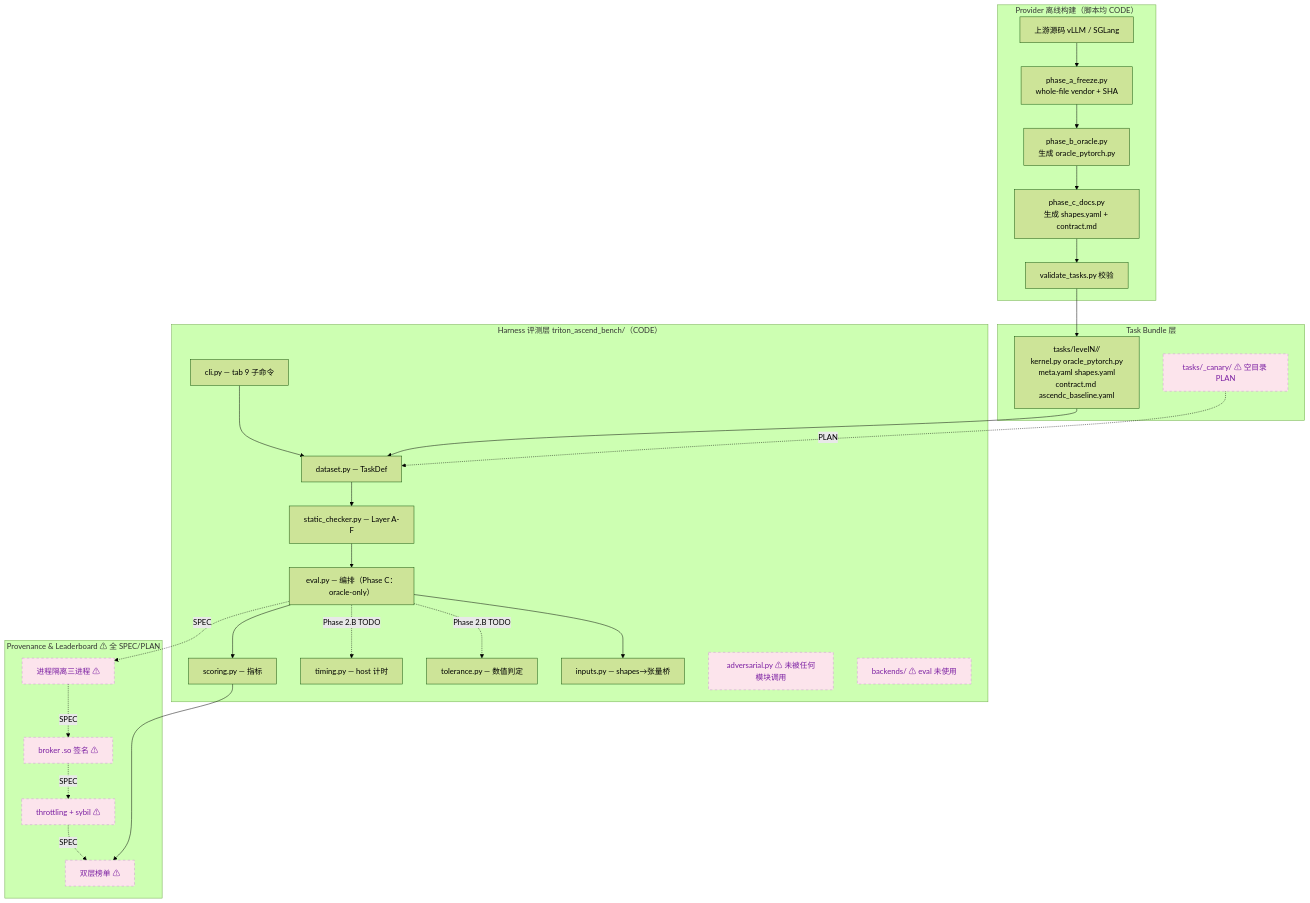
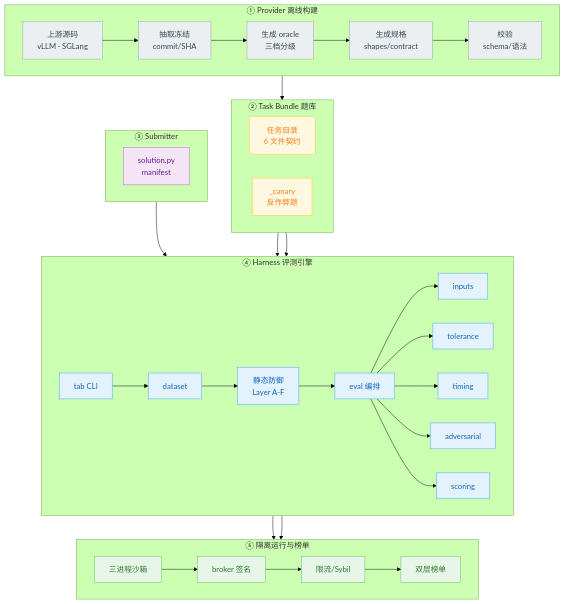
Before and after one commit to Gxj230958/TritonAscendBench: the first of 11 diagrams in docs/DESIGN.md, drawn with Mermaid (forest theme). The commit also changed other lines of this file and 243 other files, not shown here.

First line of the commit message:
Remove AscendC, honest perf reporting, replace 3 errata tasks

````diff
--- a/docs/DESIGN.md
+++ b/docs/DESIGN.md
@@ -116,46 +104,52 @@
 ```mermaid
 flowchart TB
-    subgraph PROV["Provider 离线构建（脚本均 CODE）"]
-        US["上游源码 vLLM / SGLang"]
-        PA["phase_a_freeze.py<br/>whole-file vendor + SHA"]
-        PB["phase_b_oracle.py<br/>生成 oracle_pytorch.py"]
-        PC["phase_c_docs.py<br/>生成 shapes.yaml + contract.md"]
-        VAL["validate_tasks.py 校验"]
-        US --> PA --> PB --> PC --> VAL
+    subgraph L0["① Provider 离线构建"]
+        direction LR
+        US["上游源码<br/>vLLM · SGLang"] --> FRZ["抽取冻结<br/>commit/SHA"]
+        FRZ --> ORC["生成 oracle<br/>三档分级"]
+        ORC --> DOC["生成规格<br/>shapes/contract"]
+        DOC --> VLD["校验<br/>schema/语法"]
     end
-    subgraph TASKS["Task Bundle 层"]
-        TB["tasks/levelN/<task_id>/<br/>kernel.py oracle_pytorch.py<br/>meta.yaml shapes.yaml<br/>contract.md ascendc_baseline.yaml"]
-        CAN["tasks/_canary/ ⚠ 空目录 PLAN"]
+    subgraph L1["② Task Bundle 题库"]
+        direction LR
+        TASK["任务目录<br/>6 文件契约"]
+        CANARY["_canary<br/>反作弊题"]
     end
-    subgraph HARNESS["Harness 评测层 triton_ascend_bench/（CODE）"]
-        CLI["cli.py — tab 9 子命令"]
-        DS["dataset.py — TaskDef"]
-        SC["static_checker.py — Layer A-F"]
-        EV["eval.py — 编排（Phase C：oracle-only）"]
-        IN["inputs.py — shapes→张量桥"]
-        TOL["tolerance.py — 数值判定"]
-        TM["timing.py — host 计时"]
-        SCO["scoring.py — 指标"]
-        ADV["adversarial.py ⚠ 未被任何模块调用"]
-        BK["backends/ ⚠ eval 未使用"]
+    subgraph L2["③ Submitter"]
+        direction LR
+        SOL["solution.py<br/>manifest"]
     end
-    subgraph LB["Provenance & Leaderboard ⚠ 全 SPEC/PLAN"]
-        ISO["进程隔离三进程 ⚠"]
-        BRK["broker .so 签名 ⚠"]
-        THR["throttling + sybil ⚠"]
-        BOARD["双层榜单 ⚠"]
+    subgraph L3["④ Harness 评测引擎"]
+        direction LR
+        CLI["tab CLI"] --> DATA["dataset"]
+        DATA --> STAT["静态防御<br/>Layer A-F"]
+        STAT --> RUN["eval 编排"]
+        RUN --> INP["inputs"]
+        RUN --> TOL["tolerance"]
+        RUN --> TMR["timing"]
+        RUN --> ADV["adversarial"]
+        RUN --> SCR["scoring"]
     end
-    VAL --> TB --> DS --> SC --> EV
-    EV --> IN
-    EV -.->|Phase 2.B TODO| TOL
-    EV -.->|Phase 2.B TODO| TM
-    EV --> SCO
-    EV -. SPEC .-> ISO
-    ISO -. SPEC .-> BRK -. SPEC .-> THR -. SPEC .-> BOARD
-    SCO --> BOARD
-    CLI --> DS
-    CAN -. PLAN .-> DS
-
-    classDef plan stroke-dasharray:5 5,fill:#FCE4EC,stroke:#CE93D8,color:#7B1FA2;
-    class CAN,ISO,BRK,THR,BOARD,ADV,BK plan;
+    subgraph L4["⑤ 隔离运行与榜单"]
+        direction LR
+        ISO["三进程沙箱"] --> BRK["broker 签名"]
+        BRK --> THR["限流/Sybil"]
+        THR --> BOARD["双层榜单"]
+    end
+    VLD --> TASK
+    TASK --> DATA
+    CANARY --> ADV
+    SOL --> CLI
+    RUN --> ISO
+    SCR --> BOARD
+    classDef provider fill:#ECEFF1,stroke:#90A4AE,color:#37474F;
+    classDef bundle fill:#FFF8E1,stroke:#FFCA28,color:#F57F17;
+    classDef submitter fill:#F3E5F5,stroke:#BA68C8,color:#6A1B9A;
+    classDef harness fill:#E3F2FD,stroke:#42A5F5,color:#1565C0;
+    classDef runtime fill:#E8F5E9,stroke:#66BB6A,color:#2E7D32;
+    class US,FRZ,ORC,DOC,VLD provider;
+    class TASK,CANARY bundle;
+    class SOL submitter;
+    class CLI,DATA,STAT,RUN,INP,TOL,TMR,ADV,SCR harness;
+    class ISO,BRK,THR,BOARD runtime;
 ```
````
